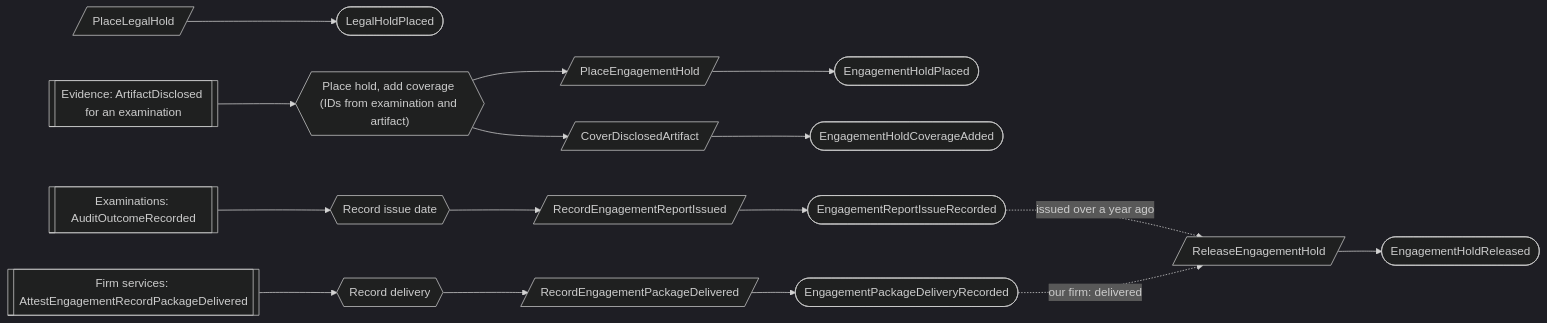
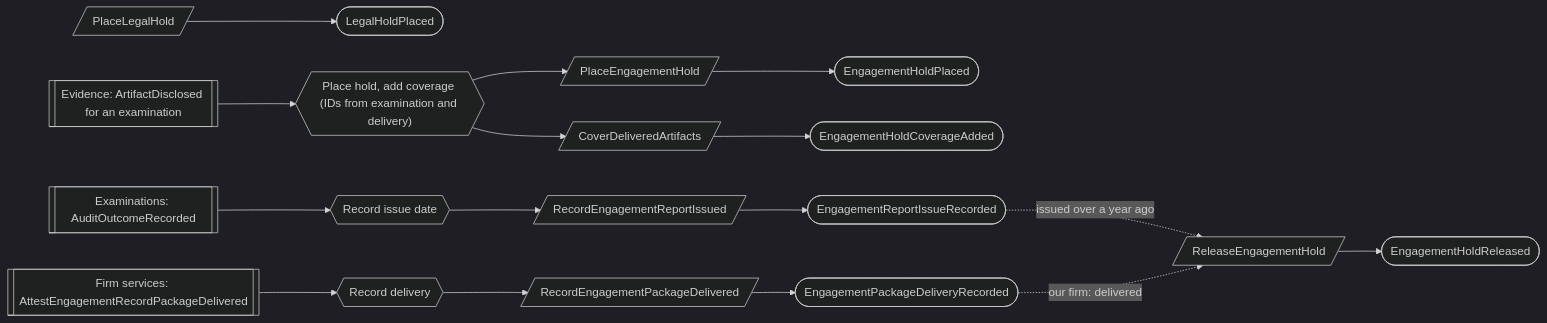
One commit to bdgrz/compliance-core changed the third of 5 diagrams in docs/proposed/contexts/retention.md. Above: the diagram before and after it, drawn with Mermaid (dark theme). The commit also changed other lines of this file and 7 other files, not shown here.

````diff
--- a/docs/proposed/contexts/retention.md
+++ b/docs/proposed/contexts/retention.md
@@ -159,12 +160,12 @@
 ```mermaid
 flowchart LR
     C1[/PlaceLegalHold/] --> E1([LegalHoldPlaced])
-    X1[[Evidence: ArtifactDisclosed for an examination]] --> R1{{"Place hold, add coverage (IDs from examination and artifact)"}}
+    X1[[Evidence: ArtifactDisclosed for an examination]] --> R1{{"Place hold, add coverage (IDs from examination and delivery)"}}
     R1 --> C2[/PlaceEngagementHold/] --> E2([EngagementHoldPlaced])
-    R1 --> C3[/CoverDisclosedArtifact/] --> E3([EngagementHoldCoverageAdded])
+    R1 --> C3[/CoverDeliveredArtifacts/] --> E3([EngagementHoldCoverageAdded])
     X2[[Examinations: AuditOutcomeRecorded]] --> R2{{Record issue date}} --> C4[/RecordEngagementReportIssued/] --> E4([EngagementReportIssueRecorded])
     X3[[Firm services: AttestEngagementRecordPackageDelivered]] --> R3{{Record delivery}} --> C5[/RecordEngagementPackageDelivered/] --> E5([EngagementPackageDeliveryRecorded])
     E4 -. "issued over a year ago" .-> C6[/ReleaseEngagementHold/]
     E5 -. "our firm: delivered" .-> C6
     C6 --> E6([EngagementHoldReleased])
 ```
````
